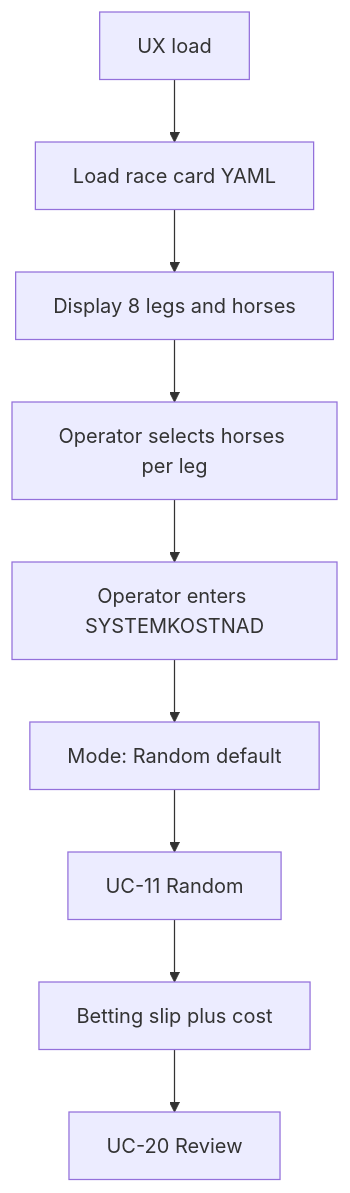
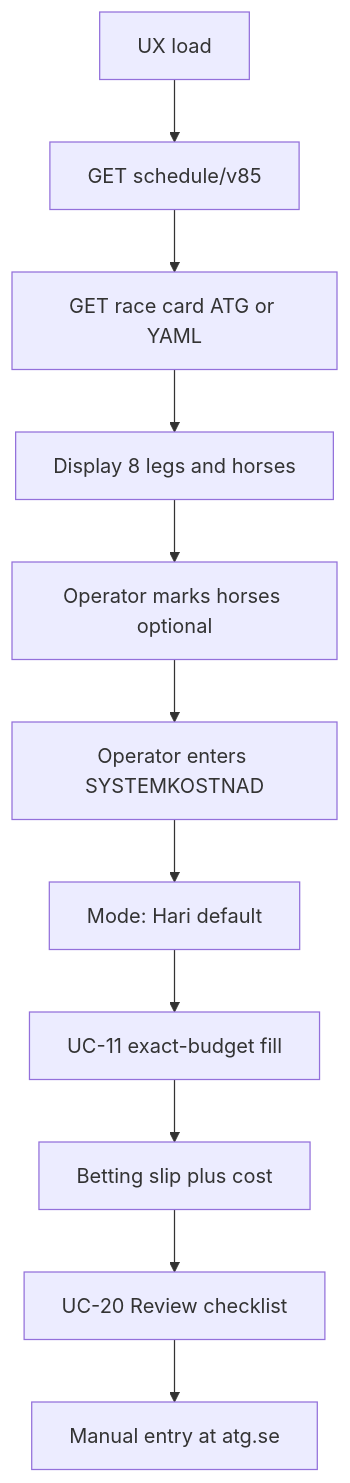
Before and after one commit to jonasornstein/VAI: the diagram in docs/requirements/ux-workflow.md, drawn with Mermaid. The commit also changed other lines of this file and 24 other files, not shown here.

First line of the commit message:
Publish Hari random v1.1 with approved specs and Årjäng race-day proposal.

````diff
--- a/docs/requirements/ux-workflow.md
+++ b/docs/requirements/ux-workflow.md
@@ -18,11 +18,13 @@
 ```mermaid
 flowchart TD
-  load[UX load] --> card[Load race card YAML]
+  load[UX load] --> schedule[GET schedule/v85]
+  schedule --> card[GET race card ATG or YAML]
   card --> showLegs[Display 8 legs and horses]
-  showLegs --> pickHorses[Operator selects horses per leg]
+  showLegs --> pickHorses[Operator marks horses optional]
   pickHorses --> stake[Operator enters SYSTEMKOSTNAD]
-  stake --> mode[Mode: Random default]
-  mode --> runModel[UC-11 Random]
+  stake --> mode[Mode: Hari default]
+  mode --> runModel[UC-11 exact-budget fill]
   runModel --> slip[Betting slip plus cost]
-  slip --> review[UC-20 Review]
+  slip --> review[UC-20 Review checklist]
+  review --> atg[Manual entry at atg.se]
 ```
````
